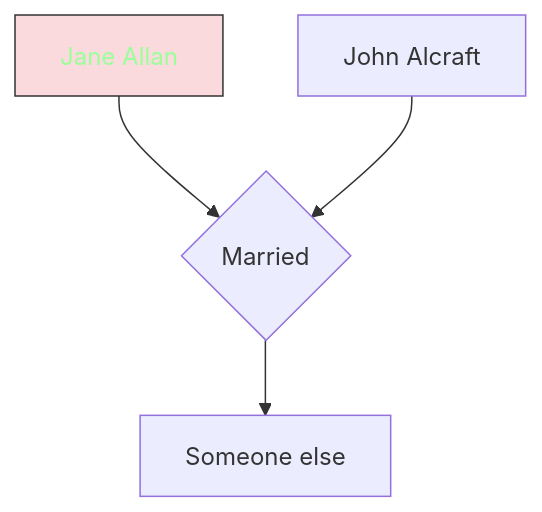
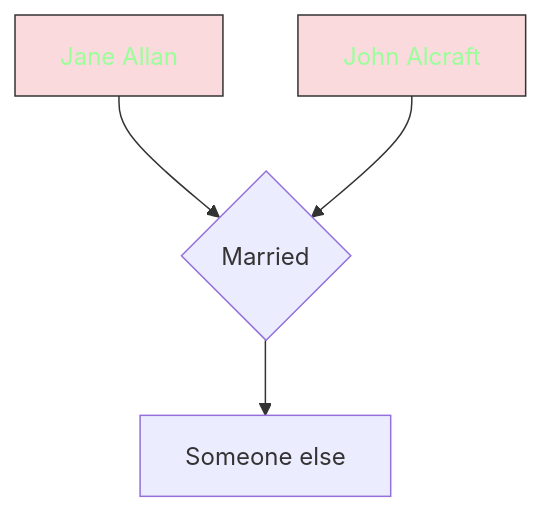
The diagram in docs/index.md (RachelAlcraft/family-tree), drawn with Mermaid before and after one commit.

````diff
--- a/docs/index.md
+++ b/docs/index.md
@@ -6,8 +6,10 @@
 ``` mermaid
 flowchart TD  
-  A[Jane Allan] --> B{Married};
-  C[John Alcraft] --> B{Married};
-  B -->D[Someone else];  
-  style A fill:#FADADD,stroke:#333,stroke-width:1px,color:#99ff99
-  click A "jones.md" "A"
+  JA1[Jane Allan] --> JAJA{Married};
+  JA2[John Alcraft] --> JAJA{Married};
+  JAJA -->D[Someone else];  
+  style JA1 fill:#FADADD,stroke:#333,stroke-width:1px,color:#99ff99
+  click JA1 "jones.md" "JA1"
+  style JA2 fill:#FADADD,stroke:#333,stroke-width:1px,color:#99ff99
+  click JA2 "jones.md" "JA2"
 ```
````
